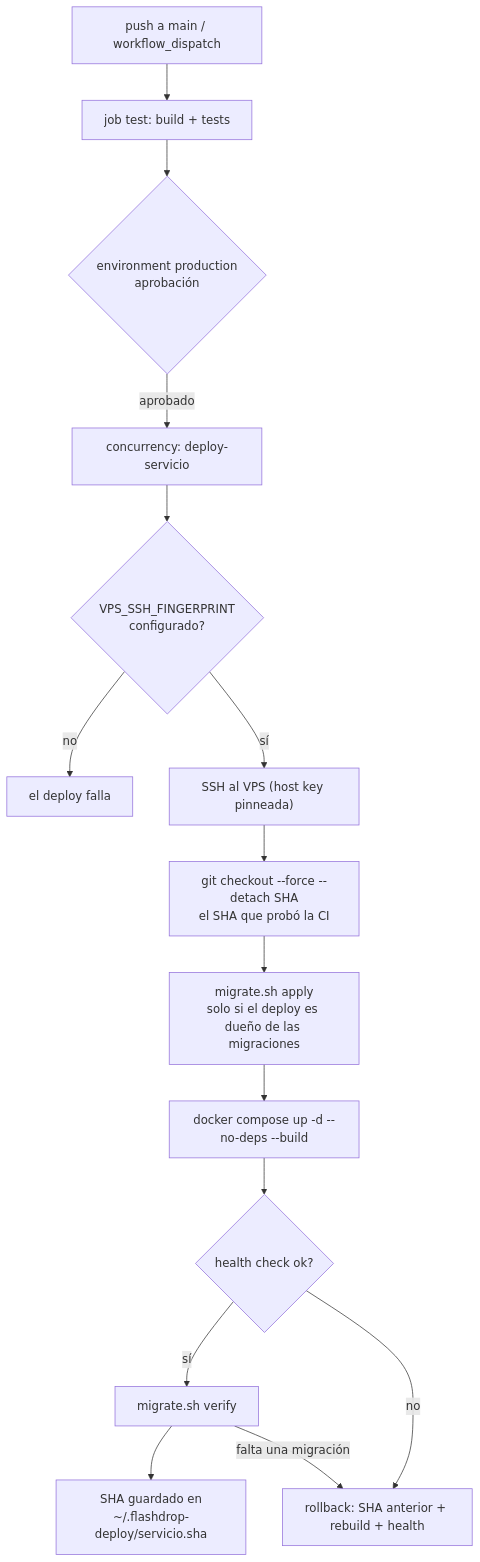
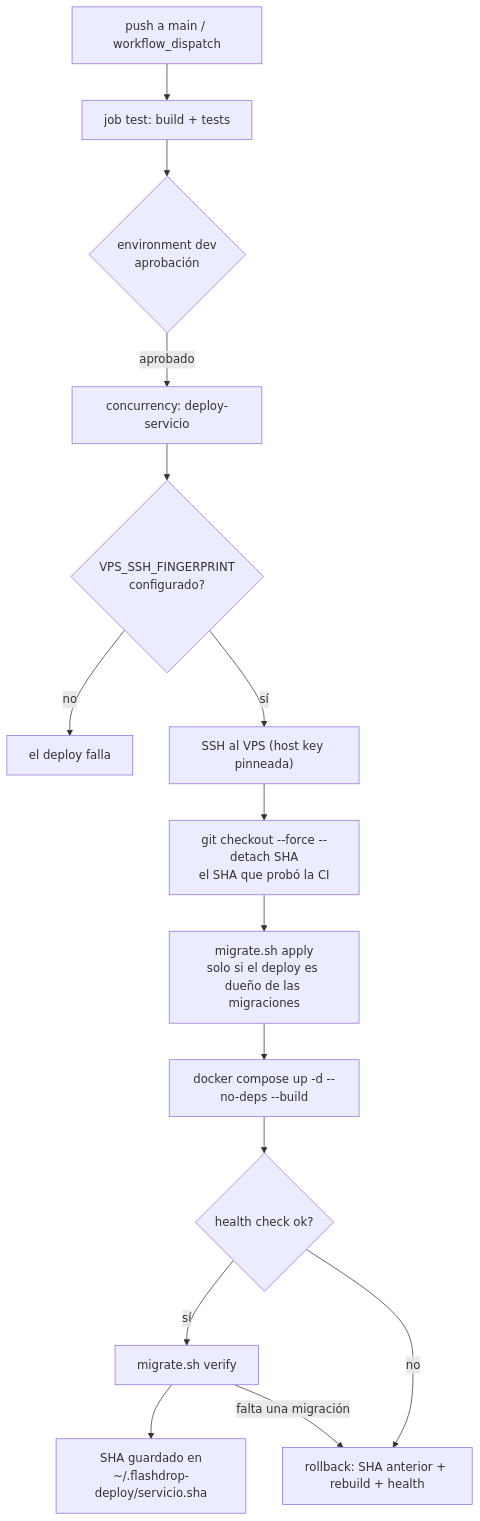
Before and after one commit to GessofDev/Flashdrop: the diagram in docs/deploy.md, drawn with Mermaid. The commit also changed other lines of this file and 4 other files, not shown here.

First line of the commit message:
ci(cd): name the deploy environment dev and make it a parameter

````diff
--- a/docs/deploy.md
+++ b/docs/deploy.md
@@ -50,17 +51,17 @@
 ```mermaid
 flowchart TD
   A["push a main / workflow_dispatch"] --> B["job test: build + tests"]
-  B --> C{"environment production<br/>aprobación"}
+  B --> C{"environment dev<br/>aprobación"}
   C -->|"aprobado"| D["concurrency: deploy-servicio"]
   D --> E{"VPS_SSH_FINGERPRINT<br/>configurado?"}
   E -->|"no"| F["el deploy falla"]
   E -->|"sí"| G["SSH al VPS (host key pinneada)"]
   G --> H["git checkout --force --detach SHA<br/>el SHA que probó la CI"]
   H --> I["migrate.sh apply<br/>solo si el deploy es dueño de las migraciones"]
   I --> J["docker compose up -d --no-deps --build"]
   J --> K{"health check ok?"}
   K -->|"sí"| L["migrate.sh verify"]
   L --> M["SHA guardado en<br/>~/.flashdrop-deploy/servicio.sha"]
   K -->|"no"| N["rollback: SHA anterior + rebuild + health"]
   L -->|"falta una migración"| N
 ```
````
